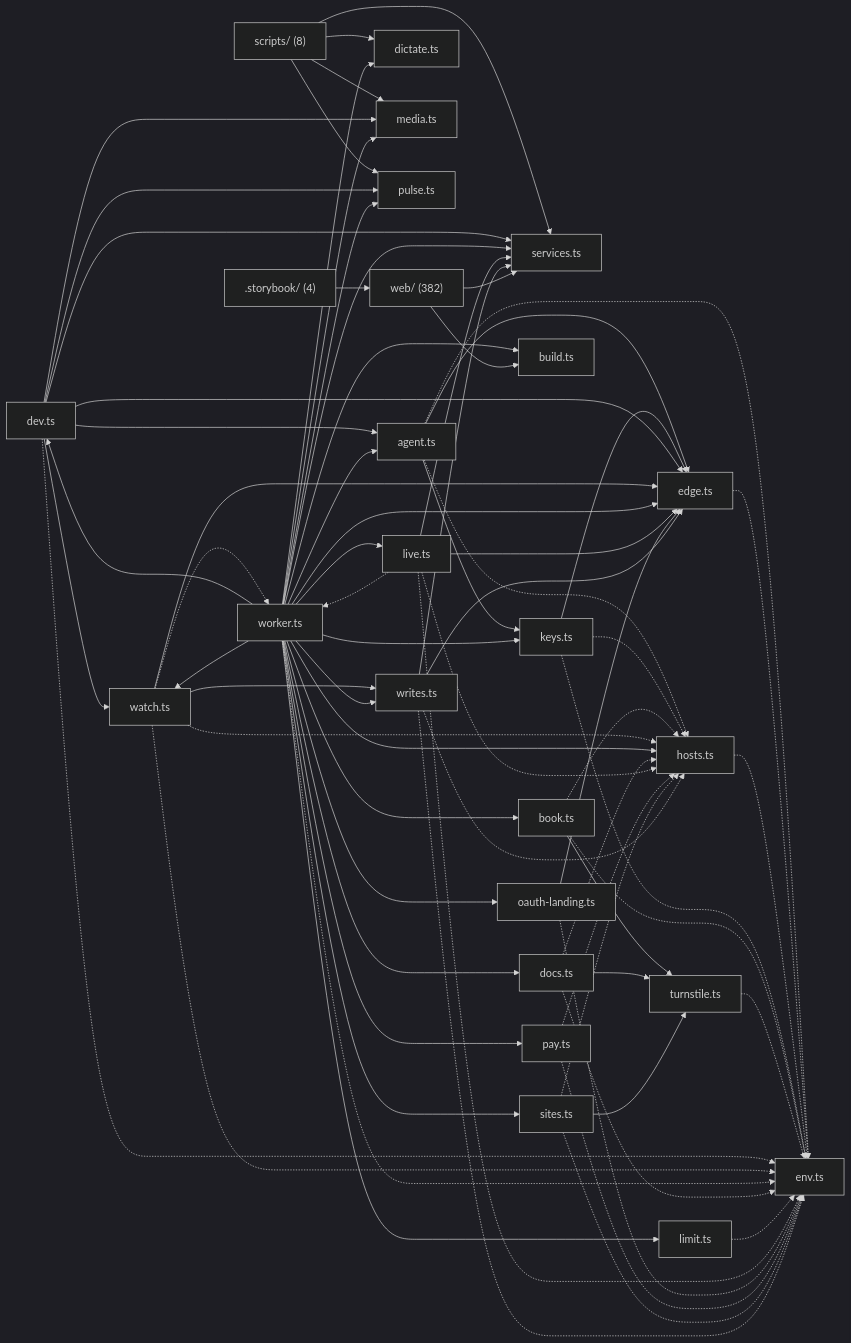
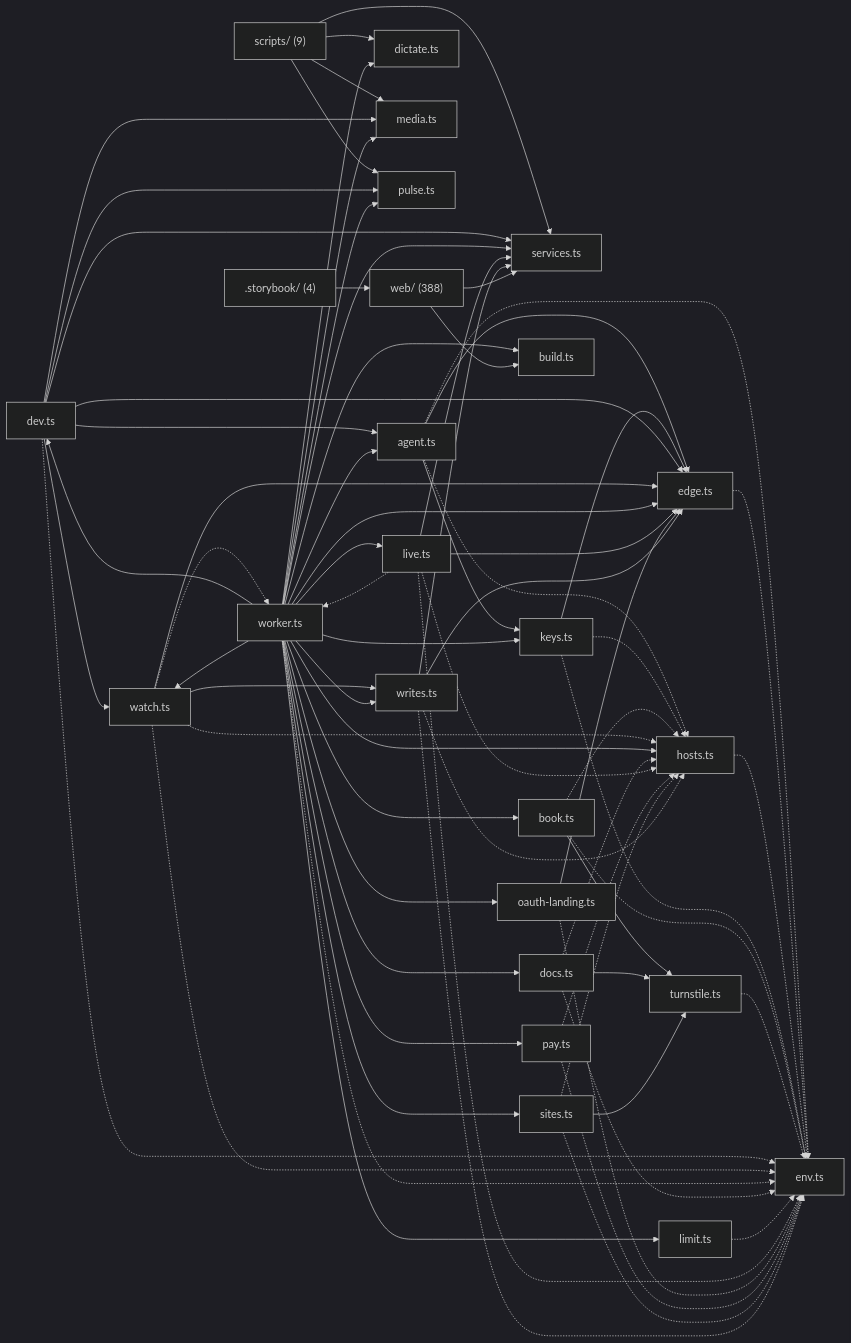
The diagram in map/generated/imports/@wren+portal.md (wrenautomation/wren), drawn with Mermaid (dark theme) before and after one commit. The commit also changed other lines of this file and 2 other files, not shown here.

````diff
--- a/map/generated/imports/@wren+portal.md
+++ b/map/generated/imports/@wren+portal.md
@@ -42,8 +42,8 @@
 ```mermaid
 flowchart LR
   n_storybook_[".storybook/ (4)"]
-  nweb_["web/ (382)"]
-  nscripts_["scripts/ (8)"]
+  nweb_["web/ (388)"]
+  nscripts_["scripts/ (9)"]
   nservices_ts["services.ts"]
   ndictate_ts["dictate.ts"]
   nmedia_ts["media.ts"]
````
